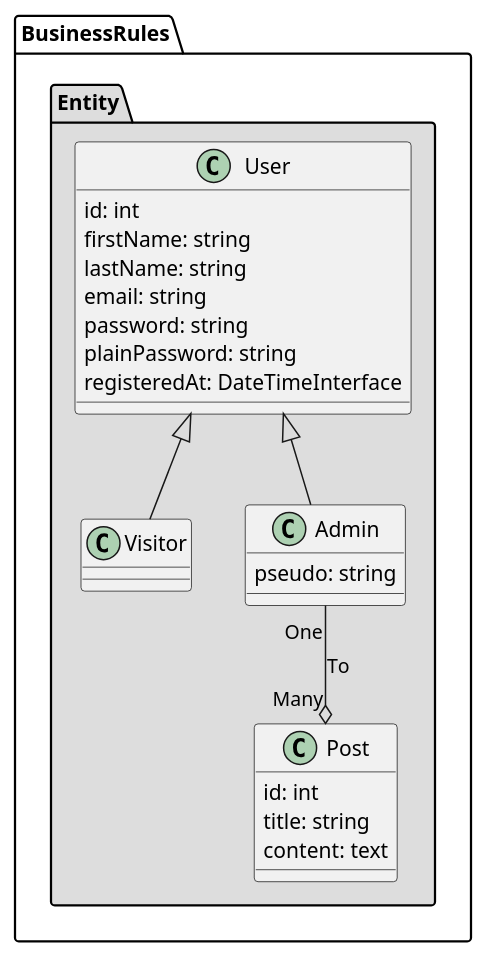
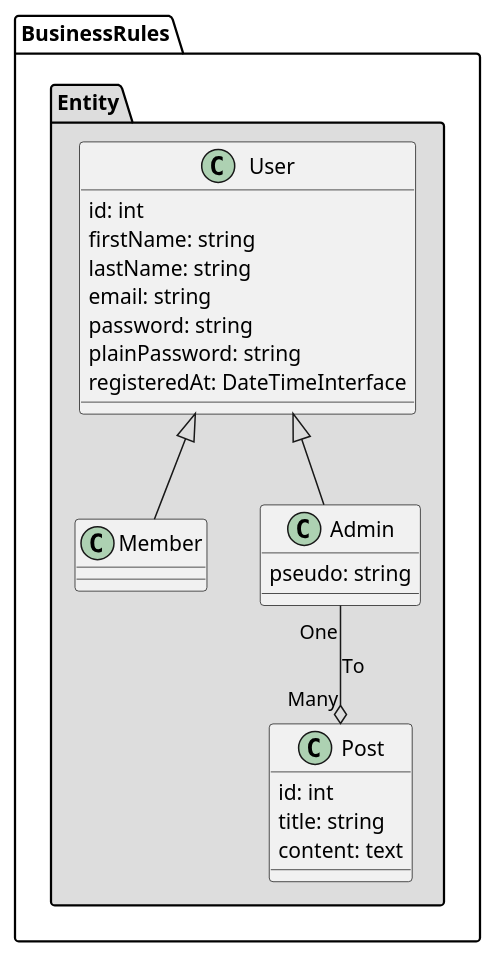
The diagram in features/class_diagram.puml (jusdepixel/base), drawn with PlantUML before and after one commit. The commit also changed 26 other files, not shown here.

```diff
--- a/features/class_diagram.puml
+++ b/features/class_diagram.puml
@@ -1,37 +1,37 @@
 @startuml
 
 package "BusinessRules" #fff {
 
     package "Entity" #ddd {
 
         class User {
             {field} id: int
             {field} firstName: string
             {field} lastName: string
             {field} email: string
             {field} password: string
             {field} plainPassword: string
             {field} registeredAt: DateTimeInterface
         }
 
-        class Visitor {
+        class Member {
         }
 
         class Admin {
             {field} pseudo: string
         }
 
         class Post {
             {field} id: int
             {field} title: string
             {field} content: text
         }
 
-        User <|-- Visitor
+        User <|-- Member
         User <|-- Admin
 
         Admin "One" --o "Many" Post : To
     }
 }
 
 @enduml
```
